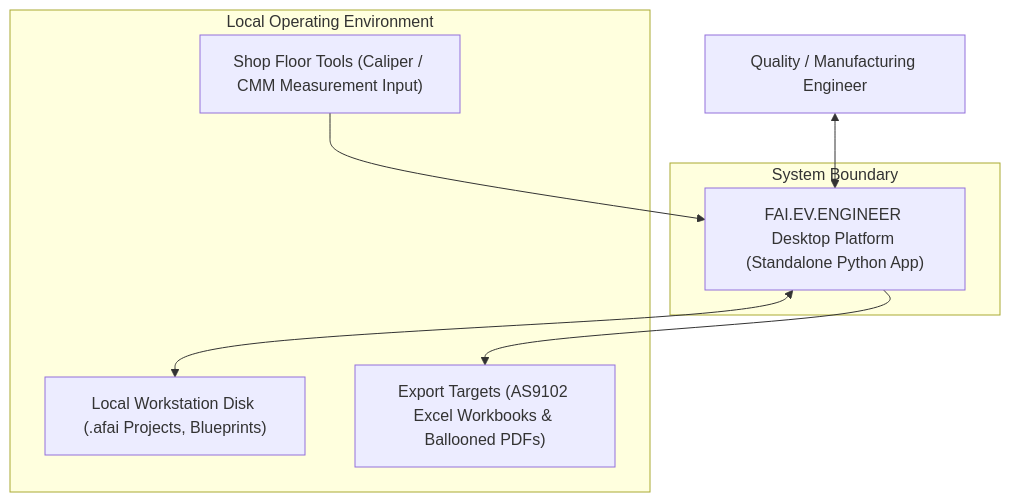
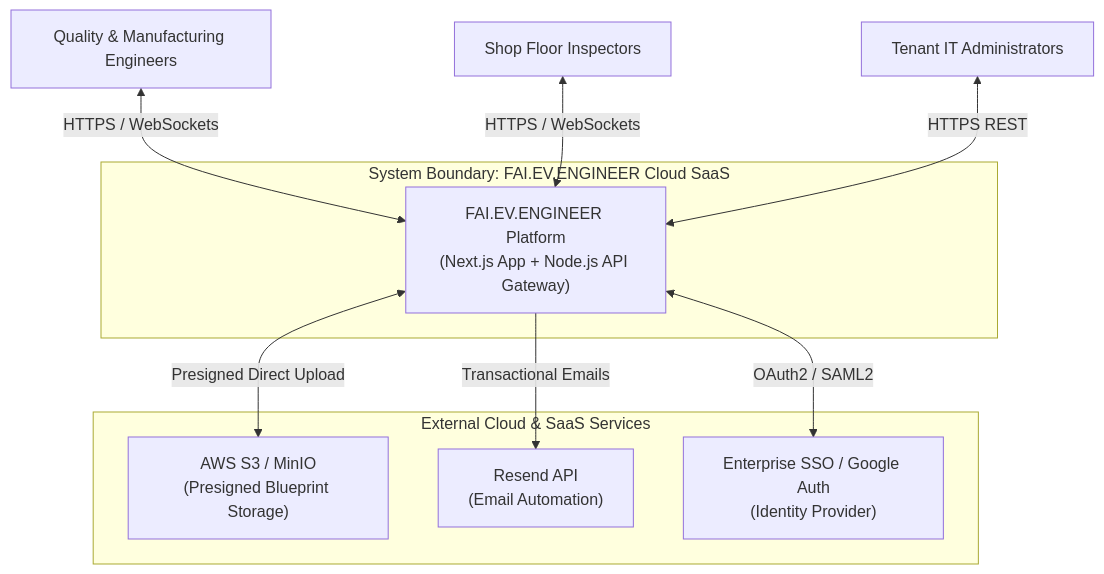
The first of 5 diagrams in Phase_2_High_Level_Design.md (LoonistApp/Loonist), drawn with Mermaid before and after one commit. The commit also changed other lines of this file and 4 other files, not shown here.

Commit message:
Refactor Phase 3 architecture document to remove bullet lists and improve flow

````diff
--- a/Phase_2_High_Level_Design.md
+++ b/Phase_2_High_Level_Design.md
@@ -33,19 +48,24 @@
 ```mermaid
 flowchart TD
-    User["Quality / Manufacturing Engineer"]
-    
-    subgraph System_Boundary ["System Boundary"]
-        App["FAI.EV.ENGINEER Desktop Platform (Standalone Python App)"]
-    end
-    
-    subgraph Environment ["Local Operating Environment"]
-        LocalFiles["Local Workstation Disk (.afai Projects, Blueprints)"]
-        Exports["Export Targets (AS9102 Excel Workbooks & Ballooned PDFs)"]
-        CMM["Shop Floor Tools (Caliper / CMM Measurement Input)"]
+    QE["Quality & Manufacturing Engineers"]
+    Inspector["Shop Floor Inspectors"]
+    Admin["Tenant IT Administrators"]
+
+    subgraph Boundary ["System Boundary: FAI.EV.ENGINEER Cloud SaaS"]
+        WebApp["FAI.EV.ENGINEER Platform\n(Next.js App + Node.js API Gateway)"]
     end
 
-    User <--> App
-    App <--> LocalFiles
-    App --> Exports
-    CMM --> App
+    subgraph ThirdParty ["External Cloud & SaaS Services"]
+        S3["AWS S3 / MinIO\n(Presigned Blueprint Storage)"]
+        Resend["Resend API\n(Email Automation)"]
+        SSO["Enterprise SSO / Google Auth\n(Identity Provider)"]
+    end
+
+    QE <-->|HTTPS / WebSockets| WebApp
+    Inspector <-->|HTTPS / WebSockets| WebApp
+    Admin <-->|HTTPS REST| WebApp
+
+    WebApp <-->|Presigned Direct Upload| S3
+    WebApp -->|Transactional Emails| Resend
+    WebApp <-->|OAuth2 / SAML2| SSO
 ```
````
